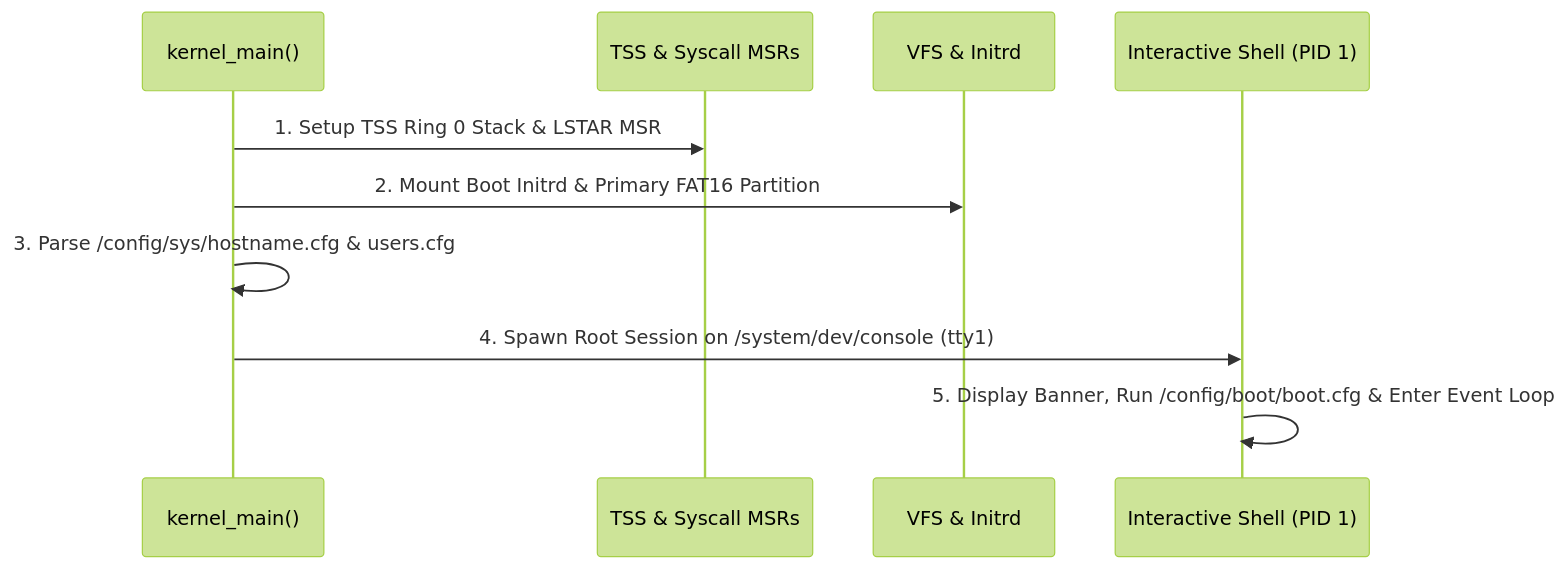
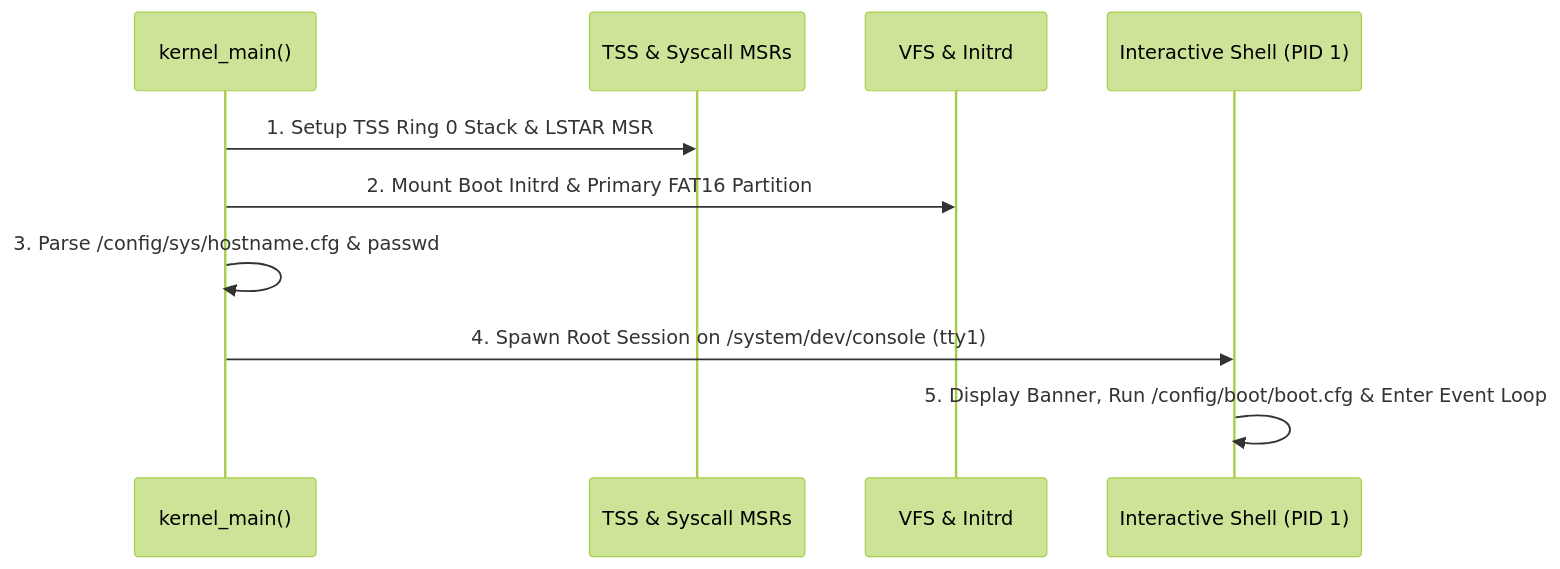
The diagram in docs/userland/system/init.md (mrvlous/keira), drawn with Mermaid (forest theme) before and after one commit. The commit also changed other lines of this file and 9 other files, not shown here.

````diff
--- a/docs/userland/system/init.md
+++ b/docs/userland/system/init.md
@@ -11,13 +11,13 @@
 ```mermaid
 sequenceDiagram
     participant Kernel as kernel_main()
     participant TSS as TSS & Syscall MSRs
     participant VFS as VFS & Initrd
     participant Shell as Interactive Shell (PID 1)
 
     Kernel->>TSS: 1. Setup TSS Ring 0 Stack & LSTAR MSR
     Kernel->>VFS: 2. Mount Boot Initrd & Primary FAT16 Partition
-    Kernel->>Kernel: 3. Parse /config/sys/hostname.cfg & users.cfg
+    Kernel->>Kernel: 3. Parse /config/sys/hostname.cfg & passwd
     Kernel->>Shell: 4. Spawn Root Session on /system/dev/console (tty1)
     Shell->>Shell: 5. Display Banner, Run /config/boot/boot.cfg & Enter Event Loop
 ```
````
